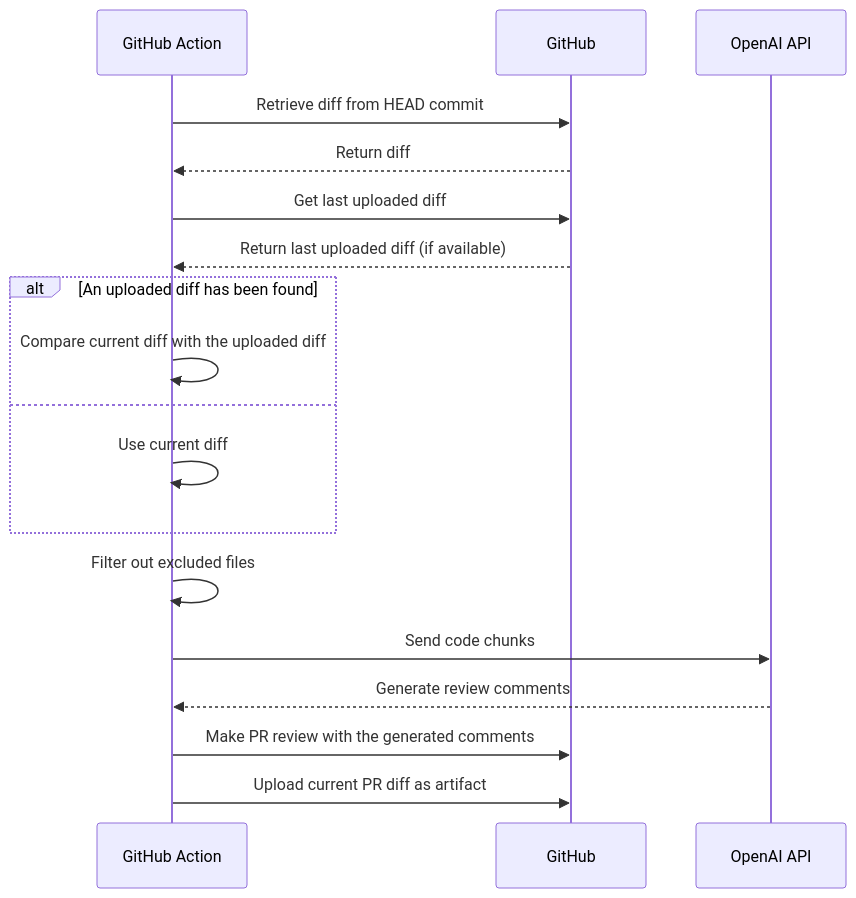
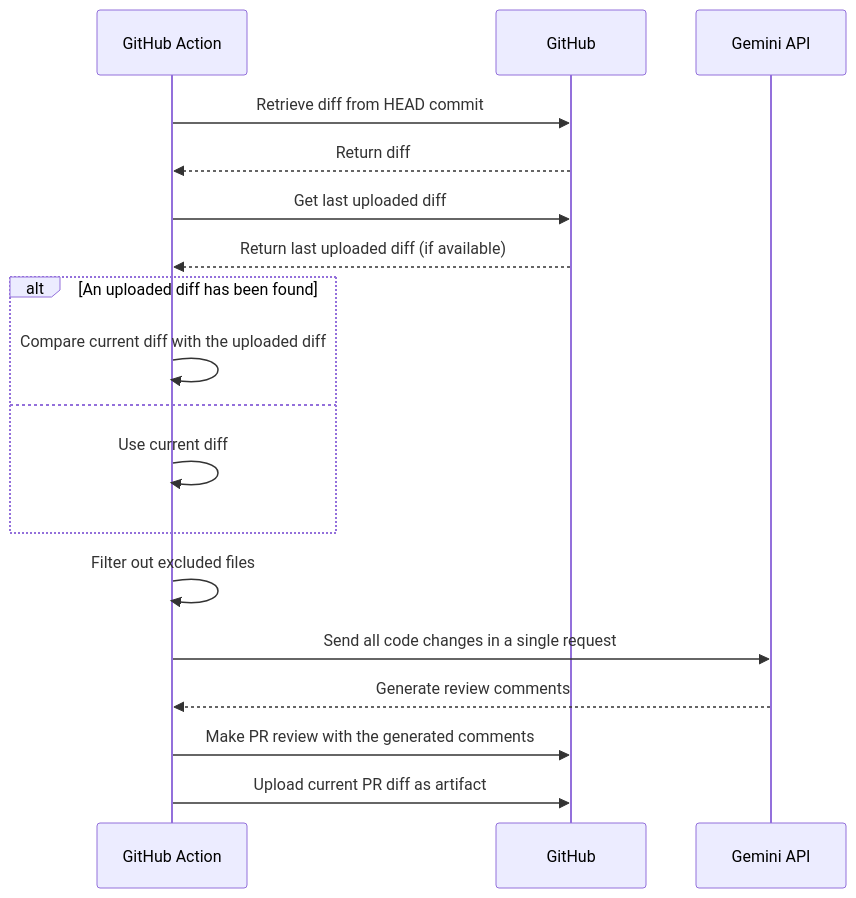
The diagram in README.md (nunesmatheus/ai-codereviewer), drawn with Mermaid before and after one commit. The commit also changed other lines of this file and 7 other files, not shown here.

Commit message:
Replace GPT by Gemini to send complete changes in one request

````diff
--- a/README.md
+++ b/README.md
@@ -69,25 +68,25 @@
 ```mermaid
 sequenceDiagram
     participant GitHub_Action as GitHub Action
     participant GitHub as GitHub
-    participant OpenAI as OpenAI API
+    participant Gemini as Gemini API
 
     GitHub_Action->>GitHub: Retrieve diff from HEAD commit
     GitHub-->>GitHub_Action: Return diff
     GitHub_Action->>GitHub: Get last uploaded diff
     GitHub-->>GitHub_Action: Return last uploaded diff (if available)
 
     alt An uploaded diff has been found
         GitHub_Action->>GitHub_Action: Compare current diff with the uploaded diff
     else
         GitHub_Action->>GitHub_Action: Use current diff
     end
 
     GitHub_Action->>GitHub_Action: Filter out excluded files
-    GitHub_Action->>OpenAI: Send code chunks
-    OpenAI-->>GitHub_Action: Generate review comments
+    GitHub_Action->>Gemini: Send all code changes in a single request
+    Gemini-->>GitHub_Action: Generate review comments
 
     GitHub_Action->>GitHub: Make PR review with the generated comments
 
     GitHub_Action->>GitHub: Upload current PR diff as artifact
 ```
````
